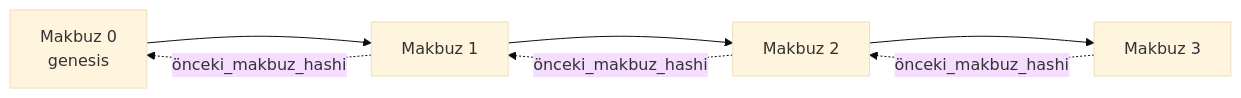
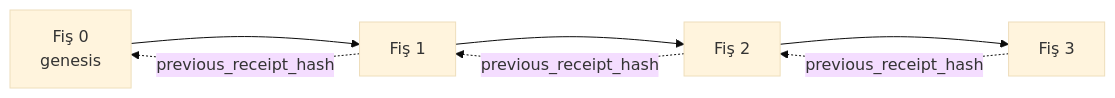
The second of 2 diagrams in mirrors/repos/microsoft@ai-agents-for-beginners/translations/tr/18-securing-ai-agents/README.md (gabrielmoreira/agent-skills-mirror), drawn with Mermaid (base theme) before and after one commit. The commit also changed other lines of this file and 2285 other files, not shown here.

````diff
--- a/mirrors/repos/microsoft@ai-agents-for-beginners/translations/tr/18-securing-ai-agents/README.md
+++ b/mirrors/repos/microsoft@ai-agents-for-beginners/translations/tr/18-securing-ai-agents/README.md
@@ -206,9 +206,9 @@
 ```mermaid
 flowchart LR
-    R0[Makbuz 0<br/>genesis] --> R1[Makbuz 1]
-    R1 --> R2[Makbuz 2]
-    R2 --> R3[Makbuz 3]
-    R1 -. önceki_makbuz_hashi .-> R0
-    R2 -. önceki_makbuz_hashi .-> R1
-    R3 -. önceki_makbuz_hashi .-> R2
+    R0[Fiş 0<br/>genesis] --> R1[Fiş 1]
+    R1 --> R2[Fiş 2]
+    R2 --> R3[Fiş 3]
+    R1 -. previous_receipt_hash .-> R0
+    R2 -. previous_receipt_hash .-> R1
+    R3 -. previous_receipt_hash .-> R2
 ```
````
